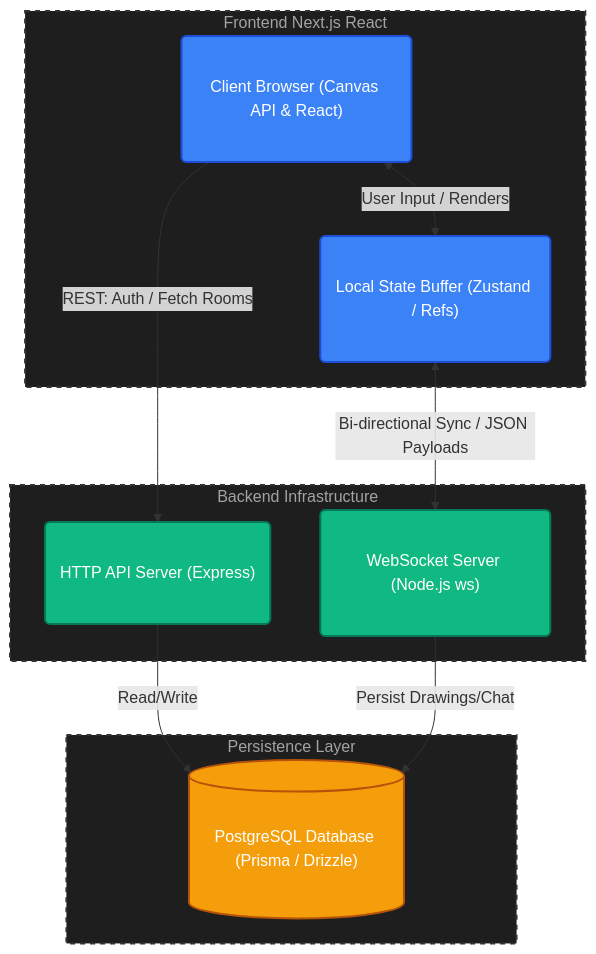
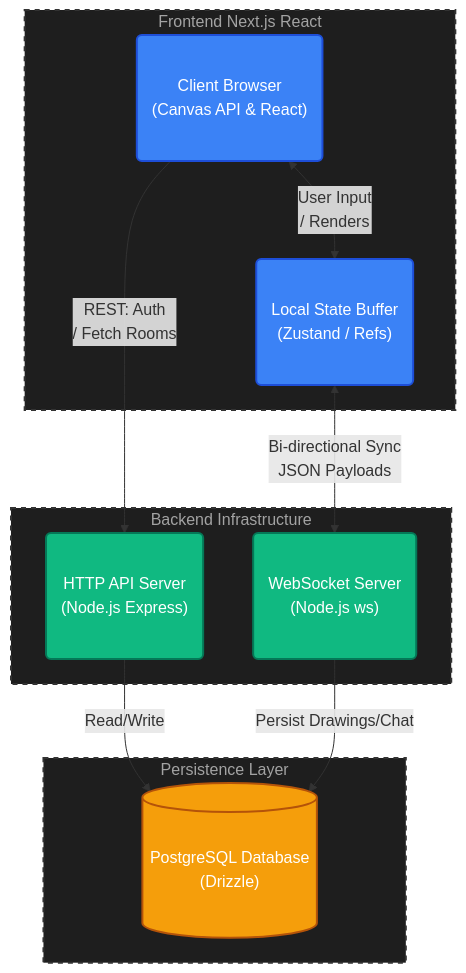
Before and after one commit to iBreakProd/Creo-Collaborative-WhiteBoard-App: the diagram in README.md, drawn with Mermaid. The commit also changed other lines of this file, not shown here.

Commit message:
Update README with technical details

````diff
--- a/README.md
+++ b/README.md
@@ -15,33 +15,33 @@
 ```mermaid
 graph TD
     %% Styling
     classDef frontend fill:#3b82f6,stroke:#1d4ed8,stroke-width:2px,color:#fff,padding:10px
     classDef backend fill:#10b981,stroke:#047857,stroke-width:2px,color:#fff,padding:10px
     classDef storage fill:#f59e0b,stroke:#b45309,stroke-width:2px,color:#fff,padding:10px
     classDef subGraphStyle fill:#1e1e1e,stroke:#333333,stroke-width:2px,color:#a3a3a3,stroke-dasharray: 5 5
 
   subgraph Frontend [Frontend Next.js React]
-        Client("Client Browser (Canvas API & React)"):::frontend
-        State("Local State Buffer (Zustand / Refs)"):::frontend
-        Client <-->|User Input / Renders| State
+        Client("Client Browser <br/>(Canvas API & React)"):::frontend
+        State("Local State Buffer <br/>(Zustand / Refs)"):::frontend
+        Client <-->|User Input <br/>/ Renders| State
     end
 
     subgraph Backend [Backend Infrastructure]
-        HTTP("HTTP API Server (Express)"):::backend
-        WS("WebSocket Server (Node.js ws)"):::backend
+        HTTP("HTTP API Server <br/>(Node.js Express)"):::backend
+        WS("WebSocket Server <br/>(Node.js ws)"):::backend
     end
 
     subgraph Persistence [Persistence Layer]
-        DB[("PostgreSQL Database (Prisma / Drizzle)")]:::storage
+        DB[("PostgreSQL Database <br/>(Drizzle)")]:::storage
     end
 
     %% Apply subgraph styles
     class Frontend,Backend,Persistence subGraphStyle
 
     %% Flow connections
-    Client -->|REST: Auth / Fetch Rooms| HTTP
+    Client -->|REST: Auth <br/>/ Fetch Rooms| HTTP
     HTTP -->|Read/Write| DB
     
-    State <-->|Bi-directional Sync / JSON Payloads| WS
+    State <-->|Bi-directional Sync <br/> JSON Payloads| WS
     WS -->|Persist Drawings/Chat| DB
 ```
````
